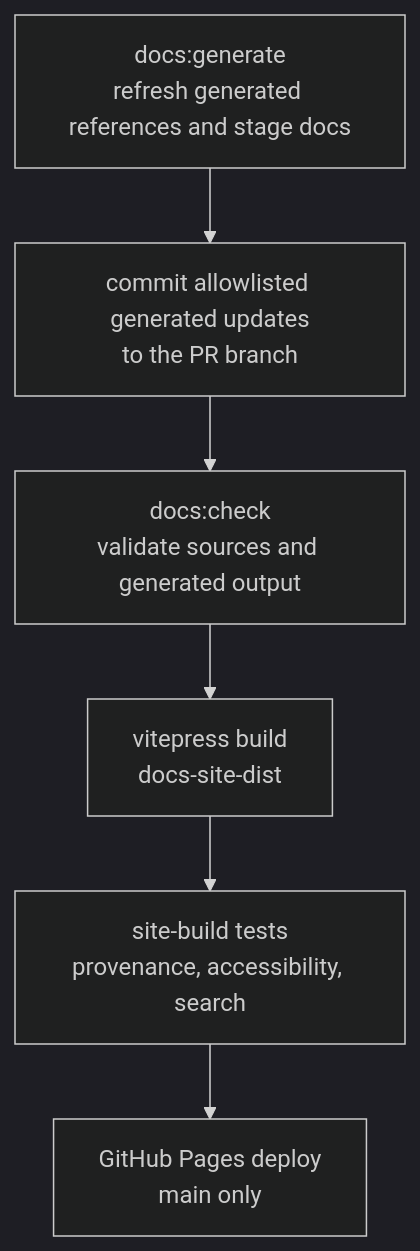
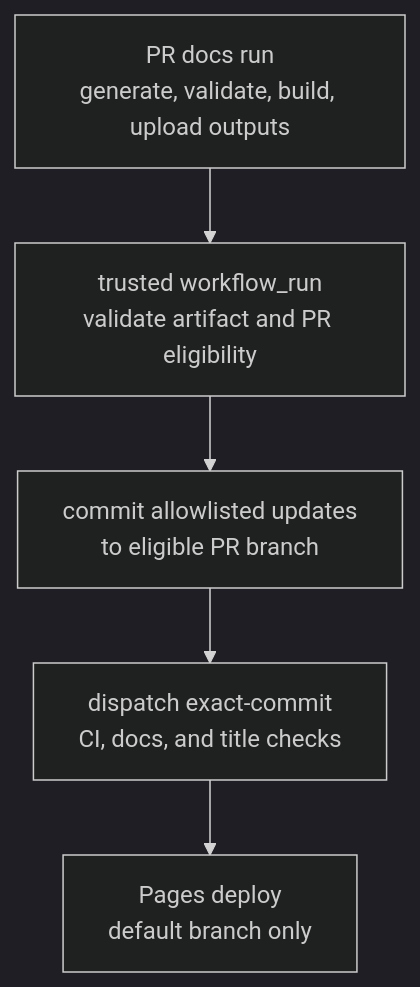
Before and after one commit to constructorfleet/SketchForge-3D: the diagram in docs/DOCUMENTATION_SUITE_SPEC.md, drawn with Mermaid (dark theme). The commit also changed other lines of this file and 2 other files, not shown here.

Commit message:
docs: mark generated output automation implemented (#199)

````diff
--- a/docs/DOCUMENTATION_SUITE_SPEC.md
+++ b/docs/DOCUMENTATION_SUITE_SPEC.md
@@ -179,8 +179,7 @@
 ```mermaid
 graph TD;
-  A["docs:generate<br/>refresh generated references and stage docs"] --> B["commit allowlisted generated updates<br/>to the PR branch"];
-  B --> C["docs:check<br/>validate sources and generated output"];
-  C --> D["vitepress build<br/>docs-site-dist"];
-  D --> E["site-build tests<br/>provenance, accessibility, search"];
-  E --> F["GitHub Pages deploy<br/>main only"];
+  A["PR docs run<br/>generate, validate, build, upload outputs"] --> B["trusted workflow_run<br/>validate artifact and PR eligibility"];
+  B --> C["commit allowlisted updates<br/>to eligible PR branch"];
+  C --> D["dispatch exact-commit<br/>CI, docs, and title checks"];
+  D --> E["Pages deploy<br/>default branch only"];
 ```
````
